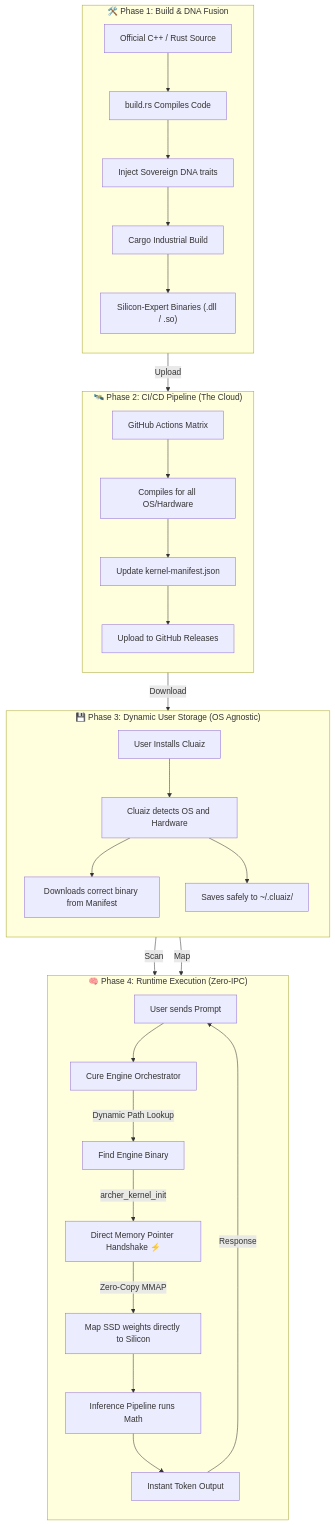
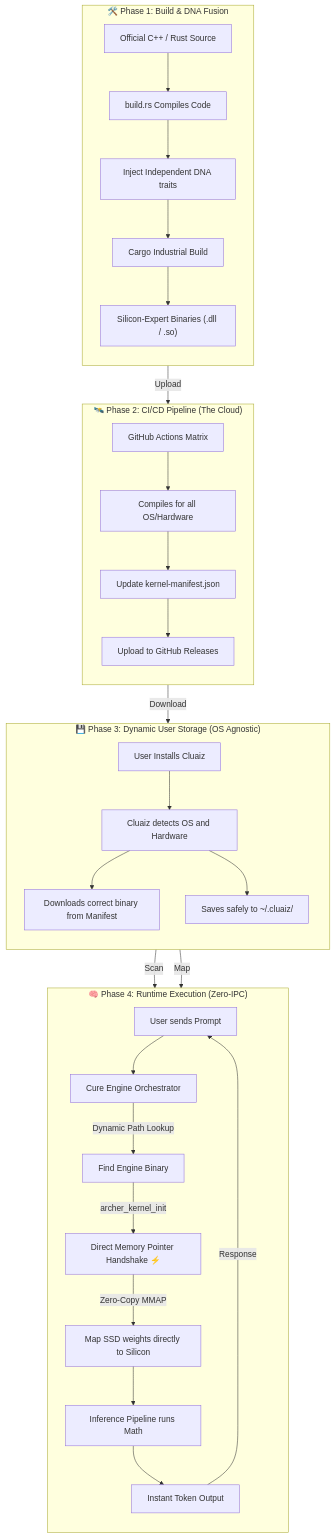
One commit to ayan-kushwaha/Cluaiz- changed the diagram in interface-engines/README.md. Above: the diagram before and after it, drawn with Mermaid. The commit also changed other lines of this file and 101 other files, not shown here.

````diff
--- a/interface-engines/README.md
+++ b/interface-engines/README.md
@@ -159,54 +159,54 @@
 ```mermaid
 flowchart TD
 
 %% ========================
 %% PHASE 1: THE FOUNDRY (Build)
 %% ========================
 subgraph Foundry ["🛠️ Phase 1: Build & DNA Fusion"]
     direction TB
     B1["Official C++ / Rust Source"] --> B2["build.rs Compiles Code"]
-    B2 --> B3["Inject Sovereign DNA traits"]
+    B2 --> B3["Inject Independent DNA traits"]
     B3 --> B4["Cargo Industrial Build"]
     B4 --> B5["Silicon-Expert Binaries (.dll / .so)"]
 end
 
 %% ========================
 %% PHASE 2: THE CONDUIT (CI/CD)
 %% ========================
 subgraph CICD ["🛰️ Phase 2: CI/CD Pipeline (The Cloud)"]
     direction TB
     C1["GitHub Actions Matrix"] --> C2["Compiles for all OS/Hardware"]
     C2 --> C3["Update kernel-manifest.json"]
     C3 --> C4["Upload to GitHub Releases"]
 end
 
 %% ========================
 %% PHASE 3: THE VAULT (User Install)
 %% ========================
 subgraph Vault ["💾 Phase 3: Dynamic User Storage (OS Agnostic)"]
     direction TB
     I1["User Installs Cluaiz"] --> I2["Cluaiz detects OS and Hardware"]
     I2 --> I3["Downloads correct binary from Manifest"]
     I2 --> I4["Saves safely to ~/.cluaiz/"]
 end
 
 %% ========================
 %% PHASE 4: THE NEURAL KERNEL (Runtime)
 %% ========================
 subgraph Runtime ["🧠 Phase 4: Runtime Execution (Zero-IPC)"]
     direction TB
     U["User sends Prompt"] --> O["Cure Engine Orchestrator"]
     O -->|Dynamic Path Lookup| E["Find Engine Binary"]
     E -->|archer_kernel_init| H["Direct Memory Pointer Handshake ⚡"]
     H -->|Zero-Copy MMAP| Z["Map SSD weights directly to Silicon"]
     Z --> P["Inference Pipeline runs Math"]
     P --> T["Instant Token Output"]
 end
 
 %% Connections
 B5 -->|Upload| C1
 C4 -->|Download| I1
 I4 -->|Scan| O
 I3 -->|Map| E
 T -->|Response| U
 ```
````
